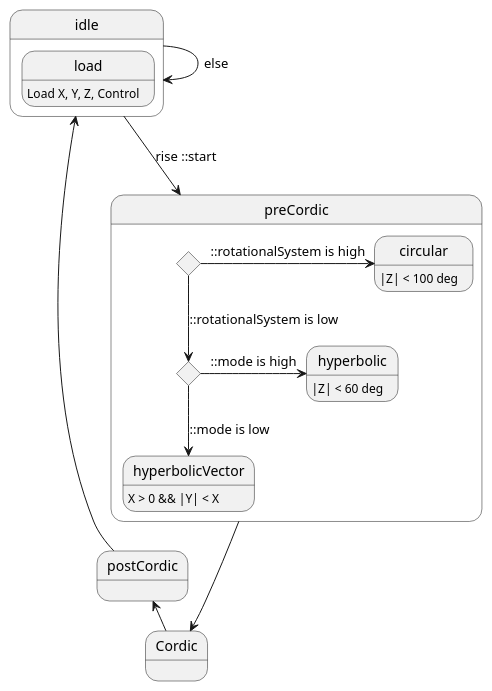
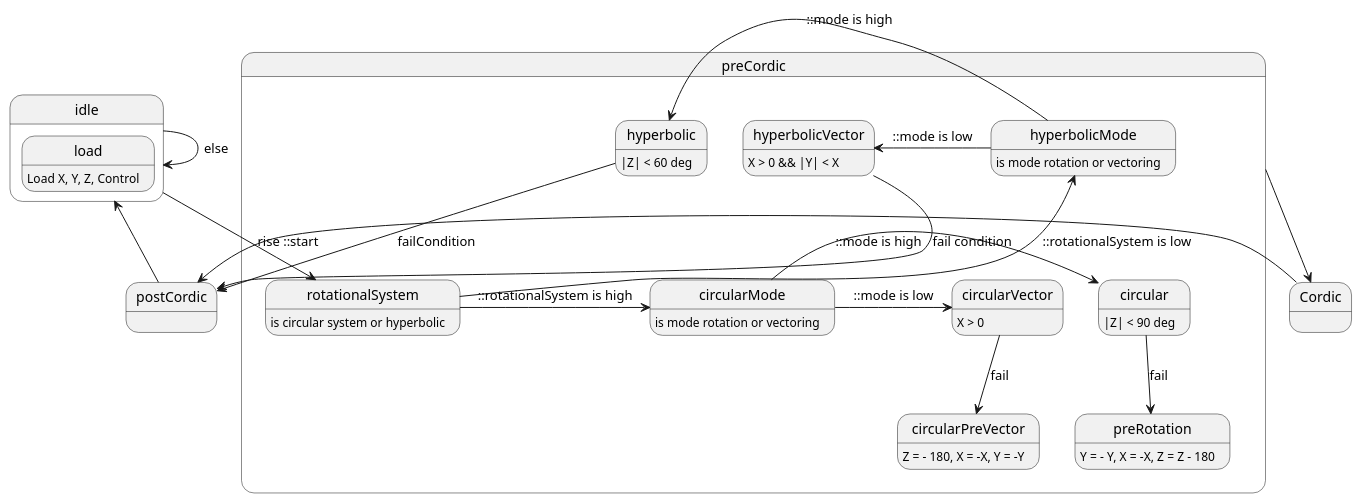
Before and after one commit to Ashwin-Rajesh/Cordic_accelerator: the diagram in docs/controller.iuml, drawn with PlantUML.

Commit message:
state diagram update

```diff
--- a/docs/controller.iuml
+++ b/docs/controller.iuml
@@ -1,32 +1,42 @@
 @startuml
 state idle {
     state load : Load X, Y, Z, Control
 }
 
 state preCordic {
-    state rotationalSystem <<choice>>
-    state circular : |Z| < 100 deg
+    state rotationalSystem : is circular system or hyperbolic
+    state circular : |Z| < 90 deg
     state hyperbolic : |Z| < 60 deg
-    rotationalSystem -> circular : ::rotationalSystem is high
-    state hyperbolicMode <<choice>>
-    rotationalSystem --> hyperbolicMode : ::rotationalSystem is low
+
+    state hyperbolicMode : is mode rotation or vectoring
+    state circularMode : is mode rotation or vectoring
+    rotationalSystem -> circularMode : ::rotationalSystem is high
+    circularMode -> circular : ::mode is high
+    rotationalSystem -up-> hyperbolicMode : ::rotationalSystem is low
     hyperbolicMode -> hyperbolic : ::mode is high
-    hyperbolicMode --> hyperbolicVector : ::mode is low
-    state hyperbolicVector : X > 0 && |Y| < X
-    
+    hyperbolicMode -> hyperbolicVector : ::mode is low
+    state hyperbolicVector : X > 0 && |Y| < X  
+    state preRotation : Y = - Y, X = -X, Z = Z - 180 
+    circular --> preRotation : fail
+    state circularVector : X > 0
+    circularMode -> circularVector : ::mode is low
+    state circularPreVector : Z = - 180, X = -X, Y = -Y
+    circularVector --> circularPreVector : fail
 }
+
+hyperbolicVector -> postCordic : fail condition
 
 state Cordic {
 
 }
 
 state postCordic {
 
 }
-
-idle --> preCordic : rise ::start 
+hyperbolic --> postCordic : failCondition
+idle --> rotationalSystem : rise ::start 
 idle -> idle : else
-preCordic -down-> Cordic 
+preCordic -right-> Cordic 
 Cordic -left-> postCordic
 postCordic -up-> idle
 @enduml
```
